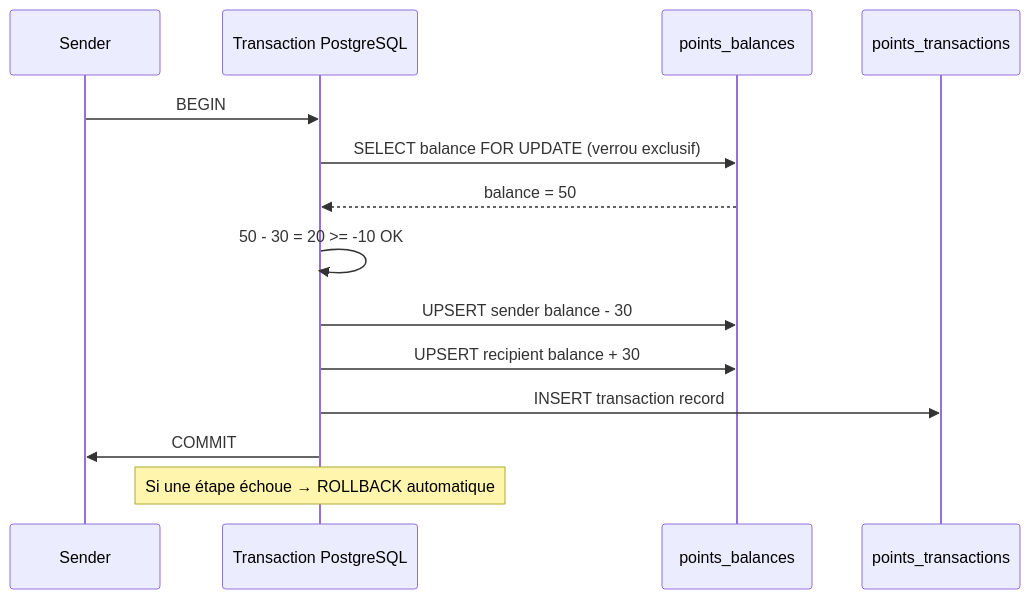
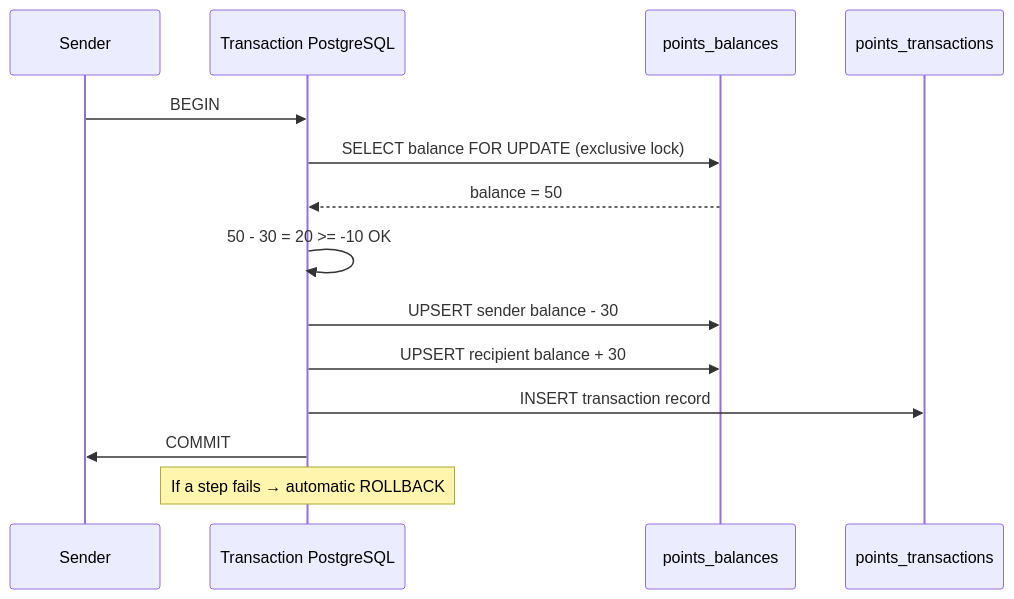
The fourth of 13 diagrams in docs/RAPPORT-TECHNIQUE.md (creibaud/QuartierConnect), drawn with Mermaid before and after one commit. The commit also changed other lines of this file and 155 other files, not shown here.

````diff
--- a/docs/RAPPORT-TECHNIQUE.md
+++ b/docs/RAPPORT-TECHNIQUE.md
@@ -353,17 +353,17 @@
 ```mermaid
 sequenceDiagram
     participant S as Sender
     participant TX as Transaction PostgreSQL
     participant PB as points_balances
     participant PT as points_transactions
 
     S->>TX: BEGIN
-    TX->>PB: SELECT balance FOR UPDATE (verrou exclusif)
+    TX->>PB: SELECT balance FOR UPDATE (exclusive lock)
     PB-->>TX: balance = 50
     TX->>TX: 50 - 30 = 20 >= -10 OK
     TX->>PB: UPSERT sender balance - 30
     TX->>PB: UPSERT recipient balance + 30
     TX->>PT: INSERT transaction record
     TX->>S: COMMIT
-    Note over TX: Si une étape échoue → ROLLBACK automatique
+    Note over TX: If a step fails → automatic ROLLBACK
 ```
````
